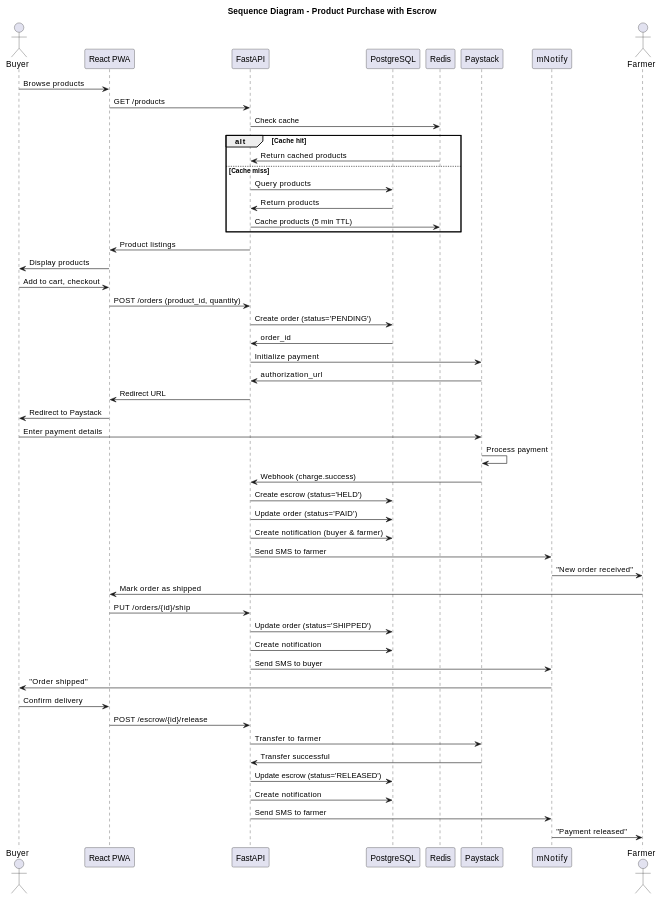
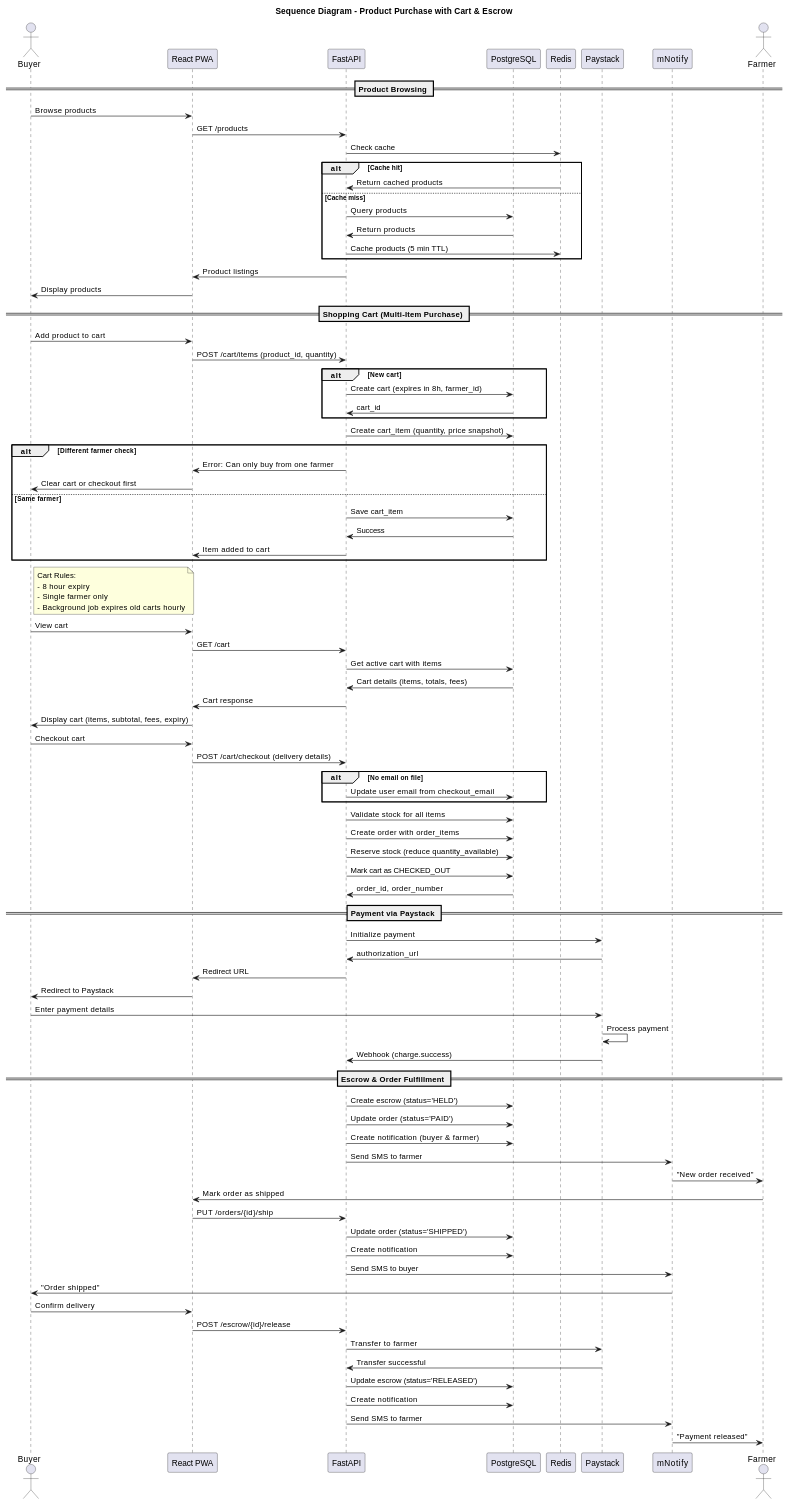
Before and after one commit to Softtouch-developers/smartagro: the diagram in diagrams/product_purchase_flow.md, drawn with PlantUML.

Commit message:
added cart flow

```diff
--- a/diagrams/product_purchase_flow.md
+++ b/diagrams/product_purchase_flow.md
@@ -1,5 +1,5 @@
 @startuml SmartAgro_Purchase_Flow
-title Sequence Diagram - Product Purchase with Escrow
+title Sequence Diagram - Product Purchase with Cart & Escrow
 
 actor Buyer
 participant "React PWA" as PWA
@@ -10,6 +10,7 @@
 participant mNotify
 actor Farmer
 
+== Product Browsing ==
 Buyer -> PWA: Browse products
 PWA -> API: GET /products
 API -> Redis: Check cache
@@ -23,11 +24,49 @@
 API -> PWA: Product listings
 PWA -> Buyer: Display products
 
-Buyer -> PWA: Add to cart, checkout
-PWA -> API: POST /orders (product_id, quantity)
-API -> DB: Create order (status='PENDING')
-DB -> API: order_id
+== Shopping Cart (Multi-Item Purchase) ==
+Buyer -> PWA: Add product to cart
+PWA -> API: POST /cart/items (product_id, quantity)
+alt New cart
+    API -> DB: Create cart (expires in 8h, farmer_id)
+    DB -> API: cart_id
+end
+API -> DB: Create cart_item (quantity, price snapshot)
+alt Different farmer check
+    API -> PWA: Error: Can only buy from one farmer
+    PWA -> Buyer: Clear cart or checkout first
+else Same farmer
+    API -> DB: Save cart_item
+    DB -> API: Success
+    API -> PWA: Item added to cart
+end
 
+note right of Buyer
+  Cart Rules:
+  - 8 hour expiry
+  - Single farmer only
+  - Background job expires old carts hourly
+end note
+
+Buyer -> PWA: View cart
+PWA -> API: GET /cart
+API -> DB: Get active cart with items
+DB -> API: Cart details (items, totals, fees)
+API -> PWA: Cart response
+PWA -> Buyer: Display cart (items, subtotal, fees, expiry)
+
+Buyer -> PWA: Checkout cart
+PWA -> API: POST /cart/checkout (delivery details)
+alt No email on file
+    API -> DB: Update user email from checkout_email
+end
+API -> DB: Validate stock for all items
+API -> DB: Create order with order_items
+API -> DB: Reserve stock (reduce quantity_available)
+API -> DB: Mark cart as CHECKED_OUT
+DB -> API: order_id, order_number
+
+== Payment via Paystack ==
 API -> Paystack: Initialize payment
 Paystack -> API: authorization_url
 API -> PWA: Redirect URL
@@ -37,6 +76,7 @@
 Paystack -> Paystack: Process payment
 Paystack -> API: Webhook (charge.success)
 
+== Escrow & Order Fulfillment ==
 API -> DB: Create escrow (status='HELD')
 API -> DB: Update order (status='PAID')
 API -> DB: Create notification (buyer & farmer)
```
